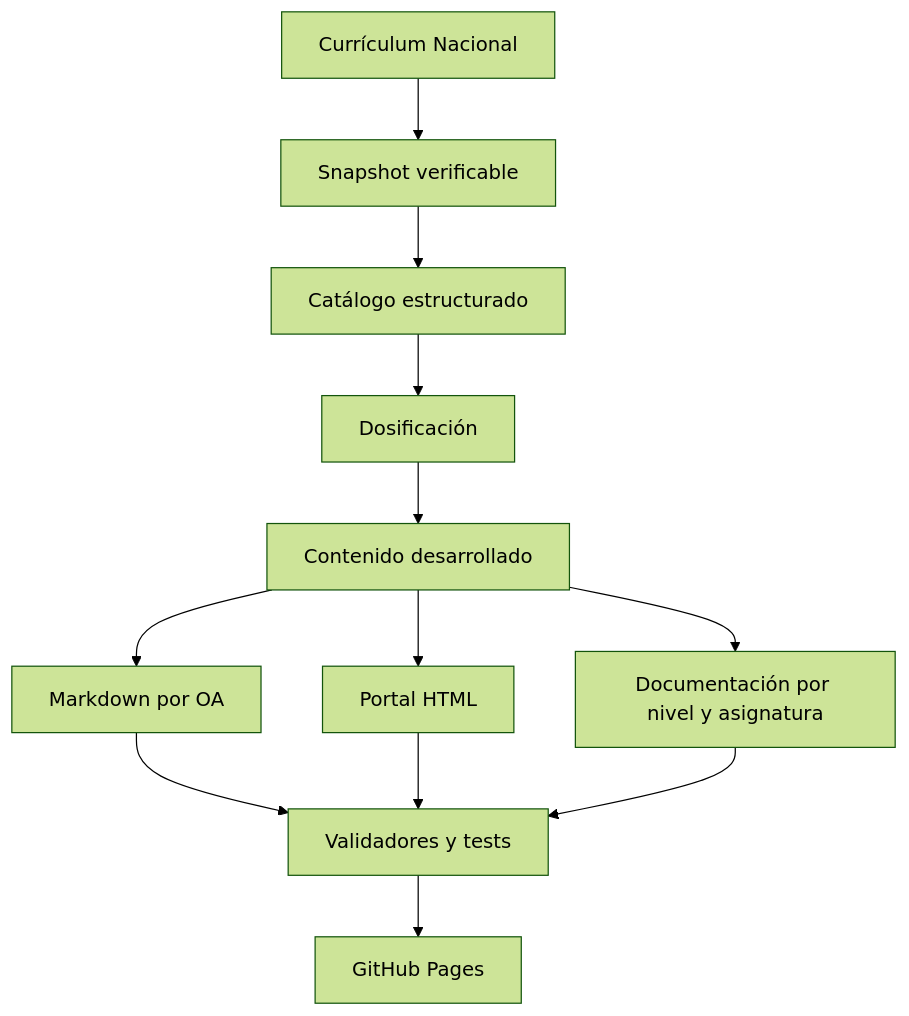
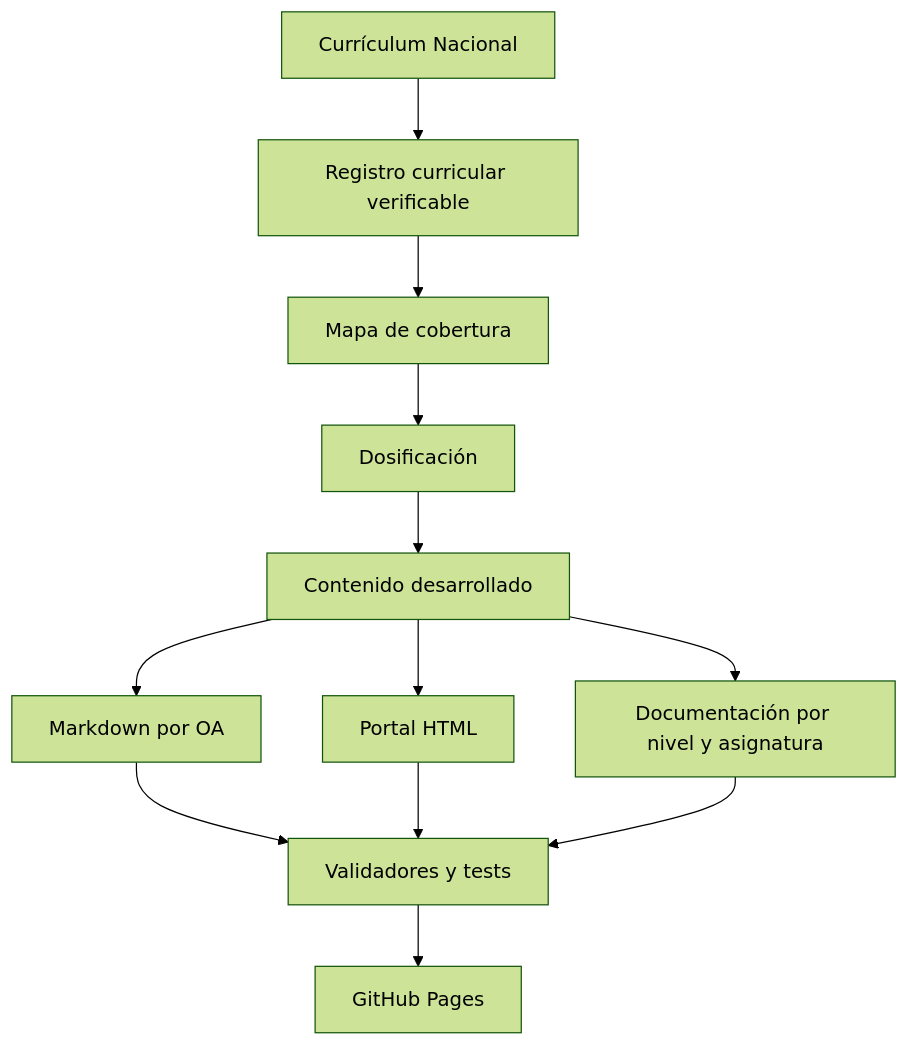
The second of 2 diagrams in README.md (vladimiracunadev-create/chilean-school-learning-path), drawn with Mermaid (forest theme) before and after one commit. The commit also changed other lines of this file, not shown here.

````diff
--- a/README.md
+++ b/README.md
@@ -308,14 +307,14 @@
 ```mermaid
 flowchart TD
-    A[Currículum Nacional] --> B[Snapshot verificable]
-    B --> C[Catálogo estructurado]
+    A[Currículum Nacional] --> B[Registro curricular verificable]
+    B --> C[Mapa de cobertura]
     C --> D[Dosificación]
     D --> E[Contenido desarrollado]
     E --> F[Markdown por OA]
     E --> G[Portal HTML]
     E --> H[Documentación por nivel y asignatura]
     F --> I[Validadores y tests]
     G --> I
     H --> I
     I --> J[GitHub Pages]
 ```
````
